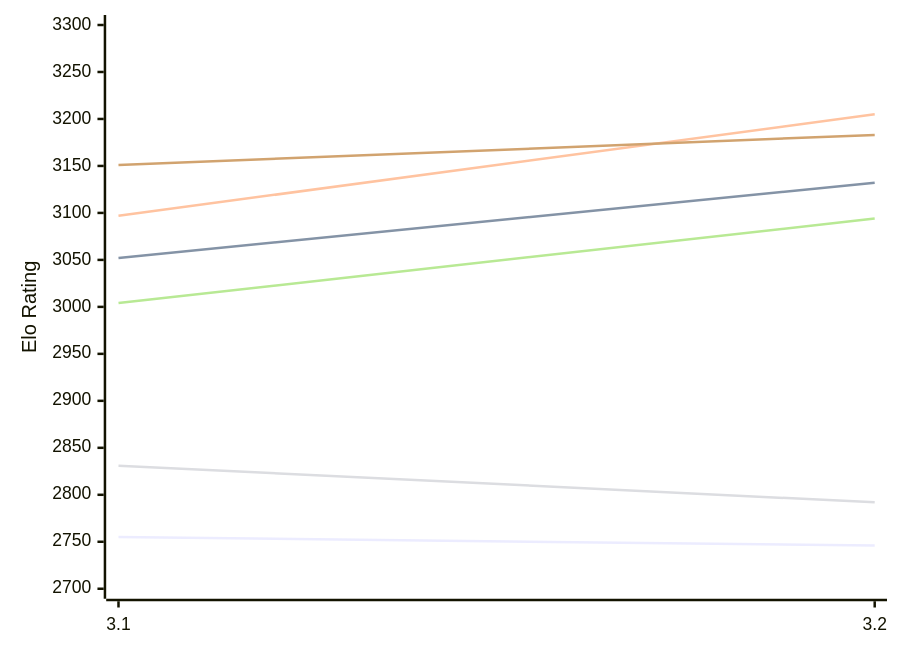
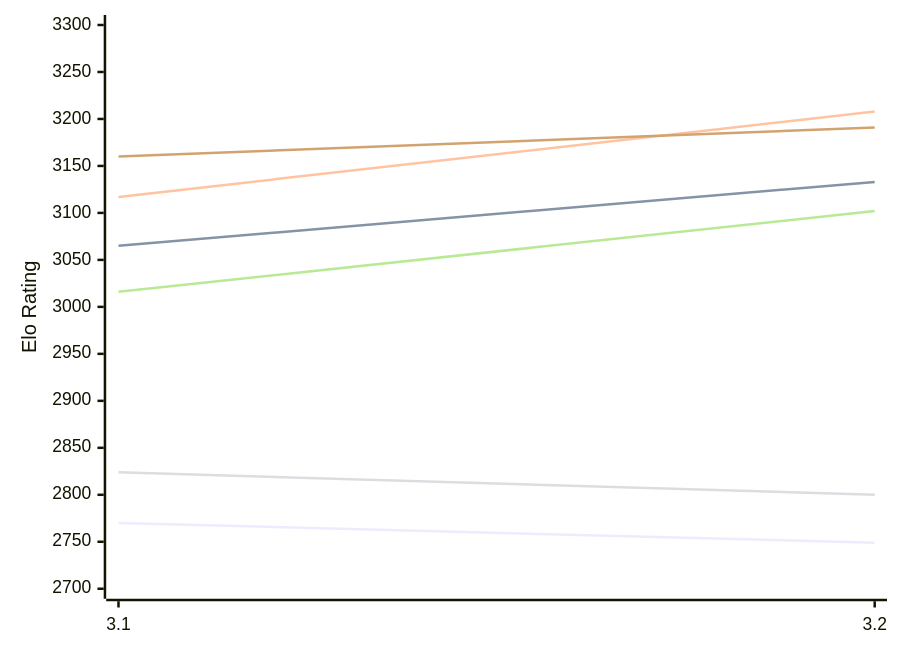
Before and after one commit to computer-chess-index/cci: the first of 2 diagrams in engines/Vajolet2.md, drawn with Mermaid. The commit also changed other lines of this file, not shown here.

Commit message:
Update CCI Ratings (ELO VLTC) - 2026-11-25

````diff
--- a/engines/Vajolet2.md
+++ b/engines/Vajolet2.md
@@ -51,12 +51,12 @@
 ```mermaid
 %%{init: {"theme":"base","themeVariables":{"seriesColors:['#a3a3a3','#222221','#faa371']}}}%%
 xychart-beta
   x-axis ["3.1", "3.2"]
   y-axis "Elo Rating" 2700 --> 3300
-  line "E1: STC (8.0+0.08s)" [2755, 2746]
-  line "E1: LTC (60.0+0.60s)" [3052, 3132]
-  line "E1: VLTC (2m24s+1.12s)" [3097, 3205]
-  line "P1: STC (8.0+0.08s)" [2831, 2792]
-  line "P1: LTC (60.0+0.60s)" [3004, 3094]
-  line "P1: VLTC (2m24s+1.12s)" [3151, 3183]
+  line "E1: STC (8.0+0.08s)" [2770, 2749]
+  line "E1: LTC (60.0+0.60s)" [3065, 3133]
+  line "E1: VLTC (2m24s+1.12s)" [3117, 3208]
+  line "P1: STC (8.0+0.08s)" [2824, 2800]
+  line "P1: LTC (60.0+0.60s)" [3016, 3102]
+  line "P1: VLTC (2m24s+1.12s)" [3160, 3191]
 ```
````
